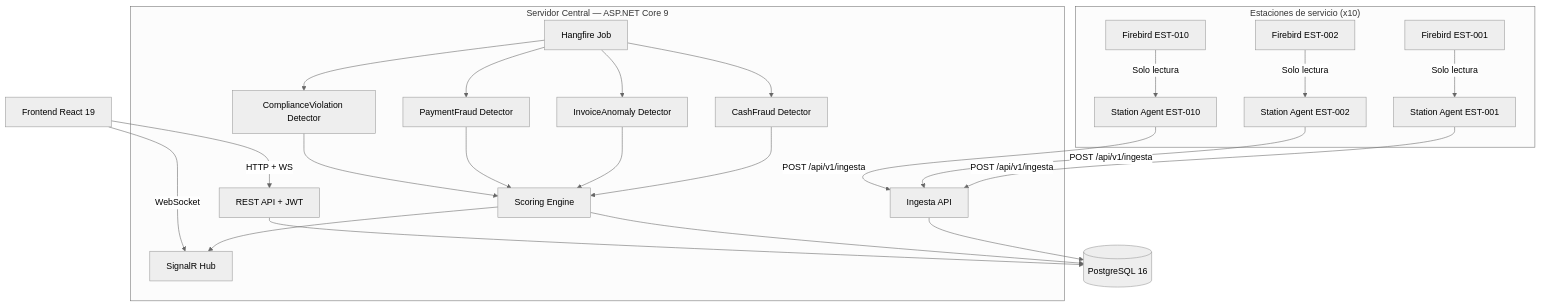
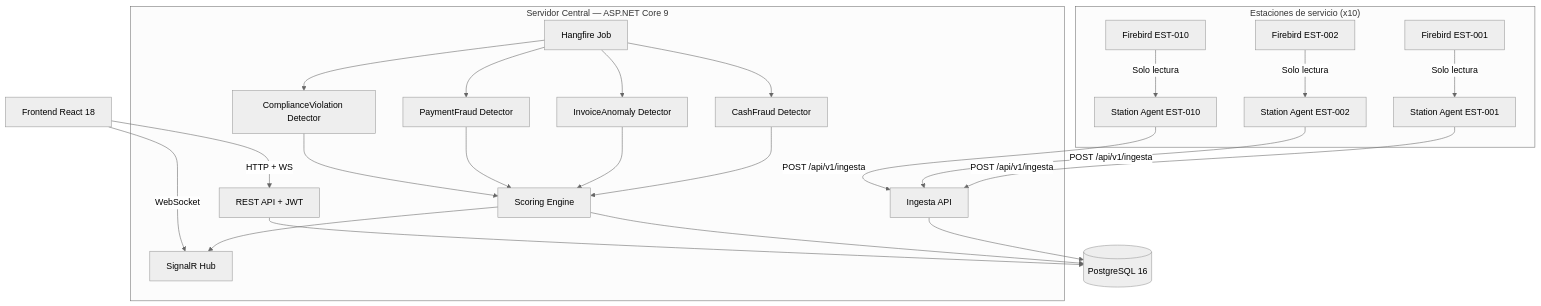
The diagram in README.md (StevenCarrilloLoor/petrolrios-anomaly-detection-final), drawn with Mermaid (neutral theme) before and after one commit. The commit also changed other lines of this file and 3 other files, not shown here.

````diff
--- a/README.md
+++ b/README.md
@@ -11,39 +11,39 @@
 ```mermaid
 graph TB
     subgraph "Estaciones de servicio (x10)"
         AG1[Station Agent EST-001]
         AG2[Station Agent EST-002]
         AGN[Station Agent EST-010]
         FB1[Firebird EST-001]
         FB2[Firebird EST-002]
         FBN[Firebird EST-010]
     end
 
     subgraph "Servidor Central — ASP.NET Core 9"
         ING[Ingesta API]
         HF[Hangfire Job]
         D1[CashFraud Detector]
         D2[InvoiceAnomaly Detector]
         D3[PaymentFraud Detector]
         D4[ComplianceViolation Detector]
         SE[Scoring Engine]
         API[REST API + JWT]
         SR[SignalR Hub]
     end
 
     PG[(PostgreSQL 16)]
-    FE[Frontend React 19]
+    FE[Frontend React 18]
 
     FB1 -->|Solo lectura| AG1
     FB2 -->|Solo lectura| AG2
     FBN -->|Solo lectura| AGN
     AG1 & AG2 & AGN -->|POST /api/v1/ingesta| ING
     ING --> PG
     HF --> D1 & D2 & D3 & D4
     D1 & D2 & D3 & D4 --> SE
     SE --> PG
     SE --> SR
     API --> PG
     FE -->|HTTP + WS| API
     FE -->|WebSocket| SR
 ```
````
